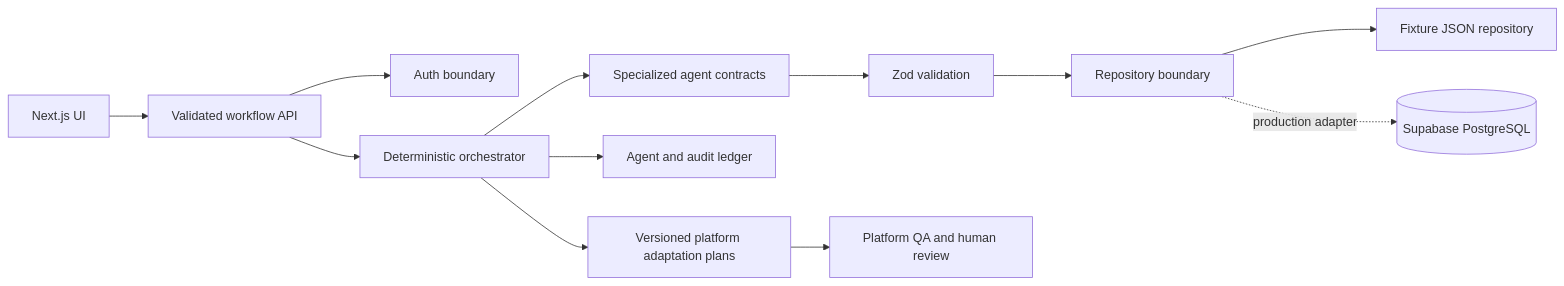
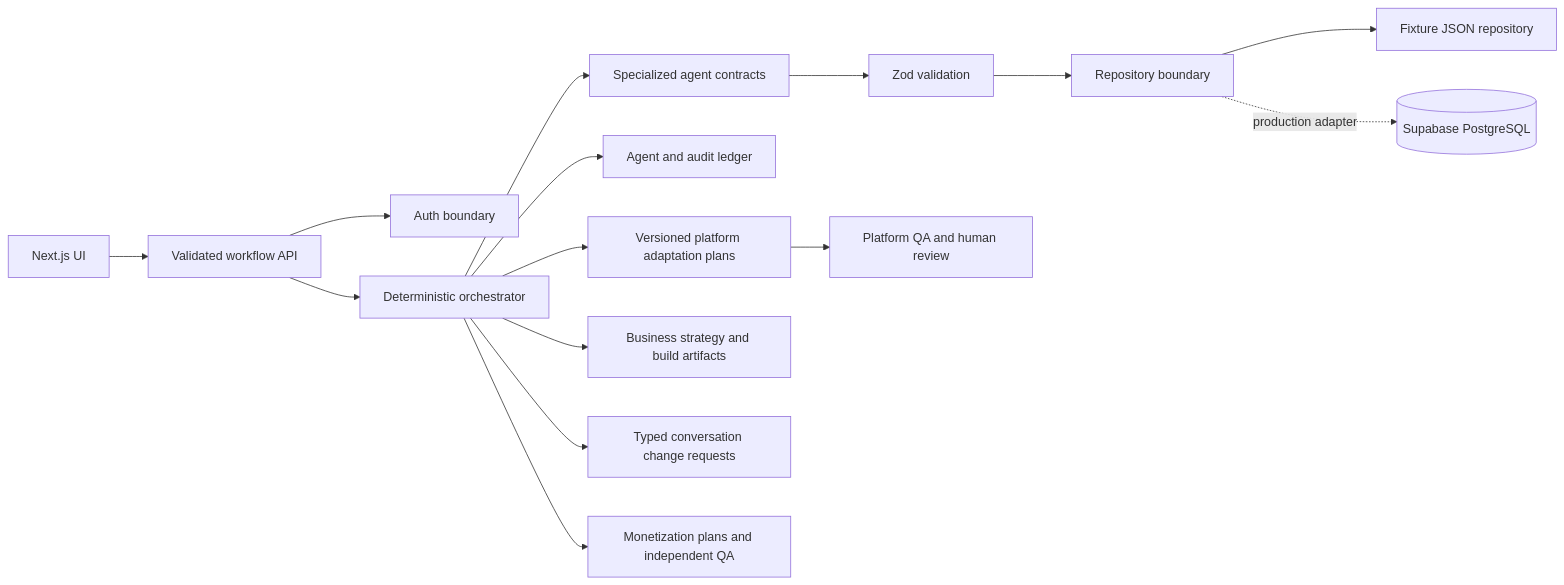
Before and after one commit to gekgrind/channelwright: the diagram in docs/architecture.md, drawn with Mermaid. The commit also changed other lines of this file and 36 other files, not shown here.

Commit message:
Add business studio and monetization workflows

````diff
--- a/docs/architecture.md
+++ b/docs/architecture.md
@@ -5,14 +5,17 @@
 ```mermaid
 flowchart LR
   UI[Next.js UI] --> API[Validated workflow API]
   API --> Auth[Auth boundary]
   API --> O[Deterministic orchestrator]
   O --> A[Specialized agent contracts]
   A --> V[Zod validation]
   V --> R[Repository boundary]
   R --> M[Fixture JSON repository]
   R -. production adapter .-> P[(Supabase PostgreSQL)]
   O --> L[Agent and audit ledger]
   O --> D[Versioned platform adaptation plans]
   D --> Q[Platform QA and human review]
+  O --> B[Business strategy and build artifacts]
+  O --> C[Typed conversation change requests]
+  O --> Z[Monetization plans and independent QA]
 ```
````
